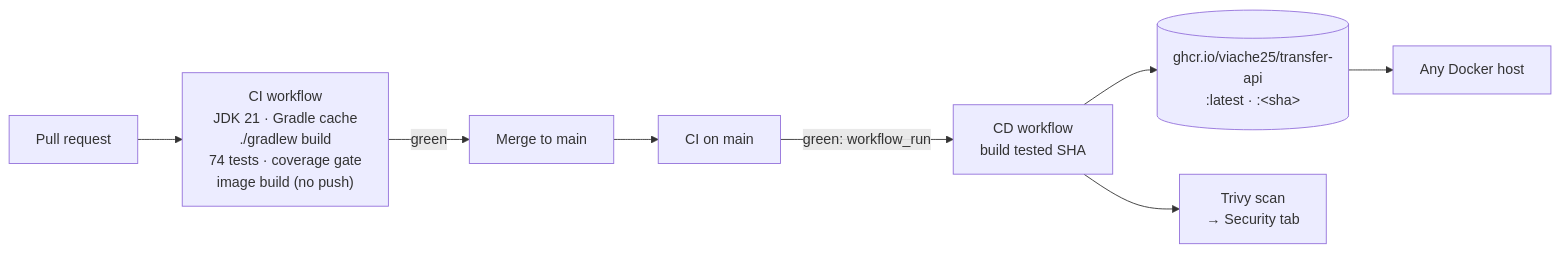
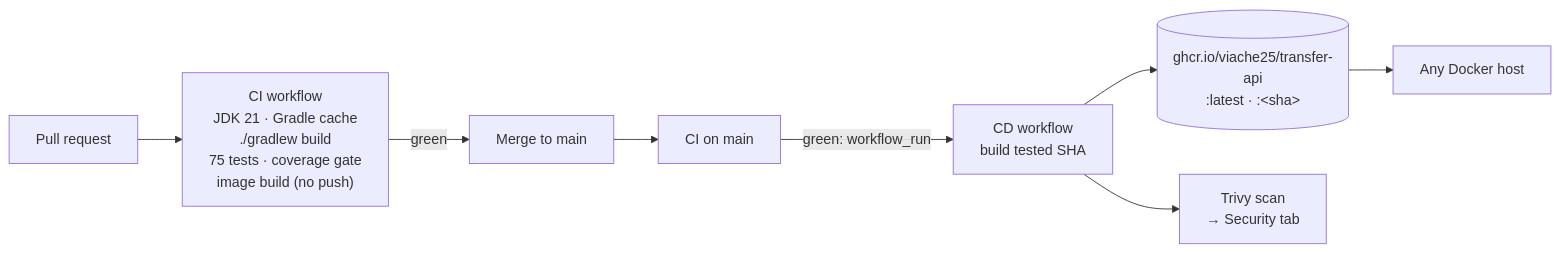
The third of 3 diagrams in README.md (viache25/transfer-api), drawn with Mermaid before and after one commit. The commit also changed other lines of this file and 3 other files, not shown here.

````diff
--- a/README.md
+++ b/README.md
@@ -386,10 +394,10 @@
 ```mermaid
 flowchart LR
-    PR[Pull request] --> CI["CI workflow<br/>JDK 21 · Gradle cache<br/>./gradlew build<br/>74 tests · coverage gate<br/>image build (no push)"]
+    PR[Pull request] --> CI["CI workflow<br/>JDK 21 · Gradle cache<br/>./gradlew build<br/>75 tests · coverage gate<br/>image build (no push)"]
     CI -->|green| M[Merge to main]
     M --> CI2["CI on main"]
     CI2 -->|green: workflow_run| CD["CD workflow<br/>build tested SHA"]
     CD --> R[("ghcr.io/viache25/transfer-api<br/>:latest · :&lt;sha&gt;")]
     CD --> T["Trivy scan<br/>→ Security tab"]
     R --> S[Any Docker host]
 ```
````
